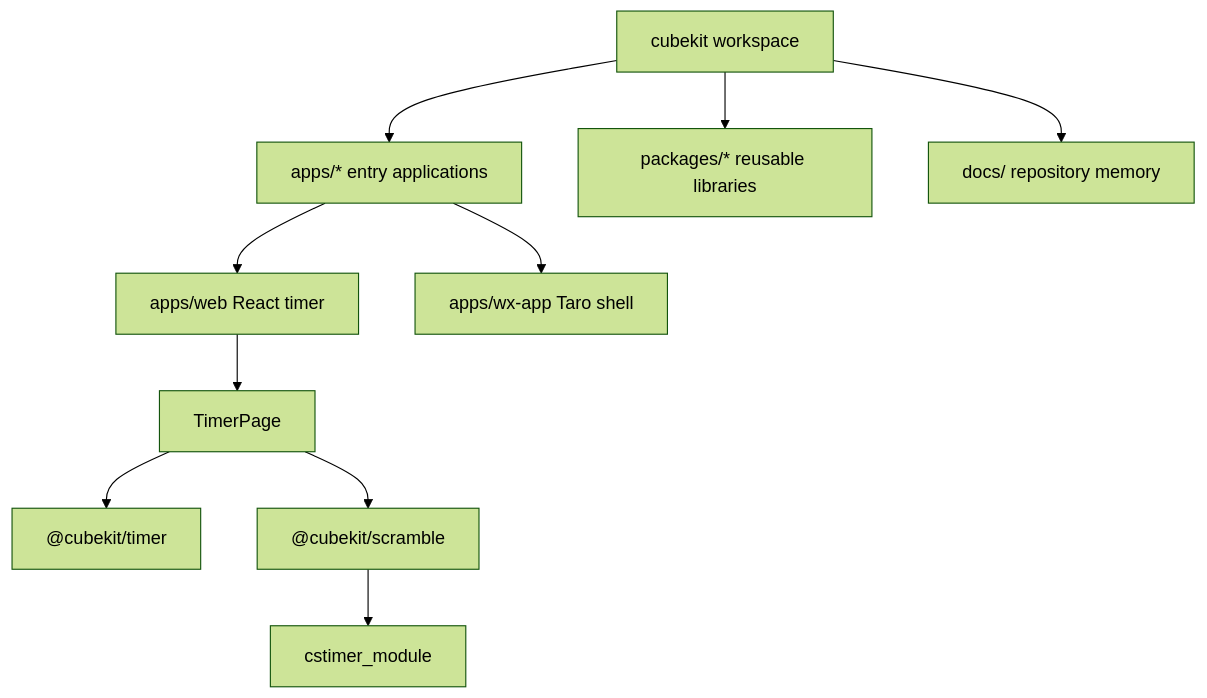
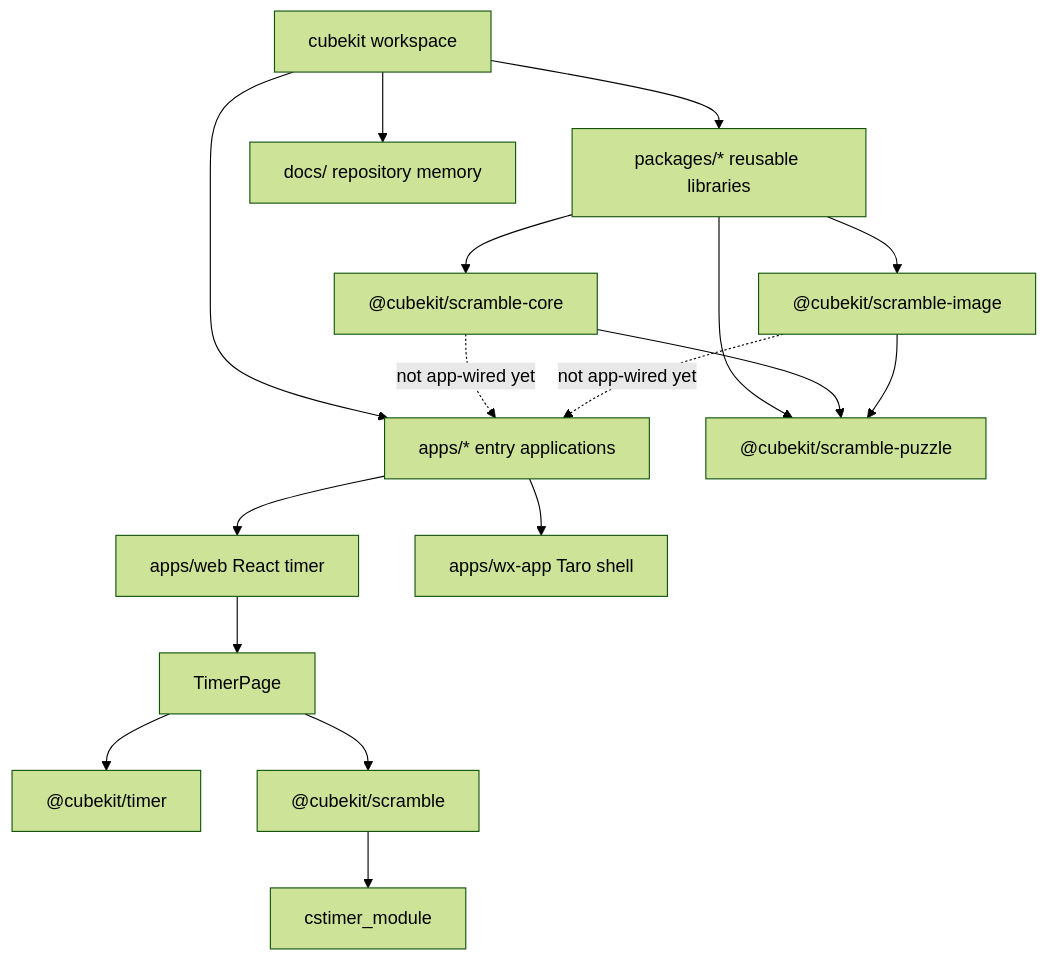
One commit to deweyou/cube-kit changed the diagram in docs/project-structure.md. Above: the diagram before and after it, drawn with Mermaid (forest theme). The commit also changed other lines of this file and 4 other files, not shown here.

````diff
--- a/docs/project-structure.md
+++ b/docs/project-structure.md
@@ -3,12 +3,19 @@
 ```mermaid
 flowchart TD
     Root["cubekit workspace"] --> Apps["apps/* entry applications"]
     Root --> Packages["packages/* reusable libraries"]
     Root --> Docs["docs/ repository memory"]
     Apps --> Web["apps/web React timer"]
     Apps --> Wx["apps/wx-app Taro shell"]
     Web --> TimerPage["TimerPage"]
     TimerPage --> TimerPkg["@cubekit/timer"]
     TimerPage --> ScramblePkg["@cubekit/scramble"]
     ScramblePkg --> Cstimer["cstimer_module"]
+    Packages --> PuzzlePkg["@cubekit/scramble-puzzle"]
+    Packages --> CorePkg["@cubekit/scramble-core"]
+    Packages --> ImagePkg["@cubekit/scramble-image"]
+    CorePkg --> PuzzlePkg
+    ImagePkg --> PuzzlePkg
+    CorePkg -. "not app-wired yet" .-> Apps
+    ImagePkg -. "not app-wired yet" .-> Apps
 ```
````
